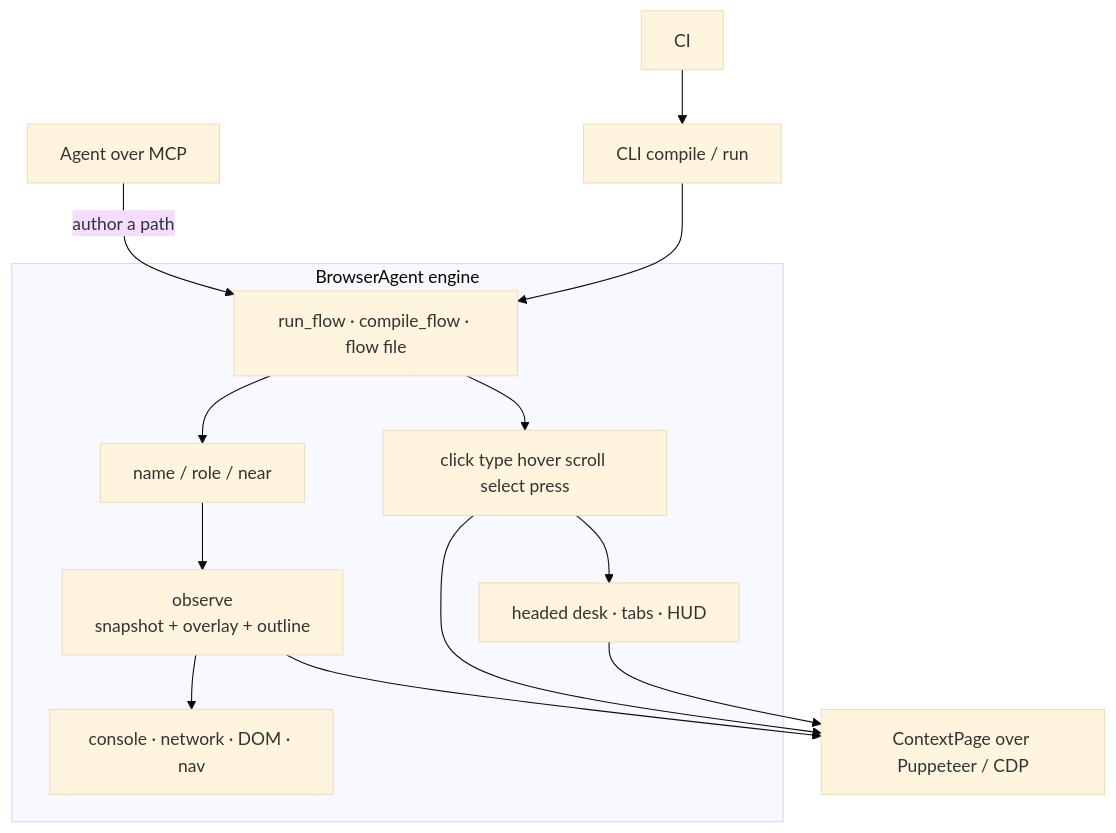
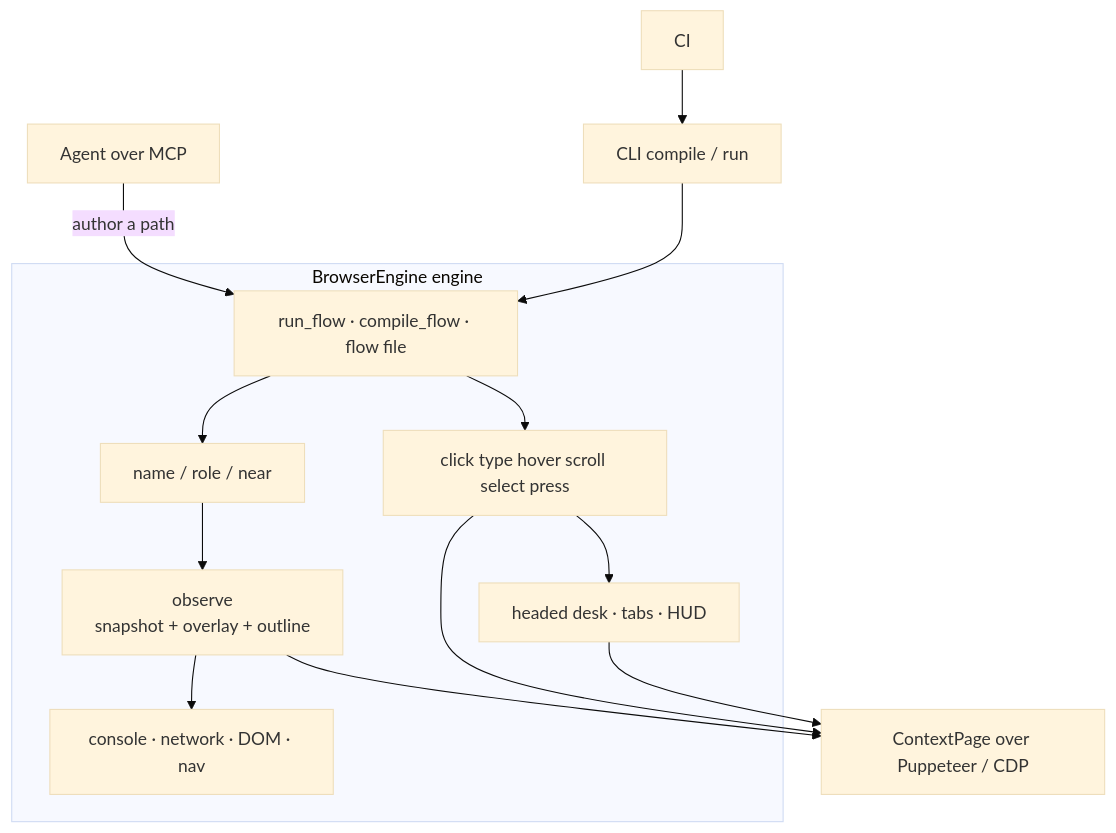
Before and after one commit to PremierStudio/BrowserAgent: the first of 2 diagrams in docs/architecture.md, drawn with Mermaid (base theme). The commit also changed other lines of this file and 33 other files, not shown here.

First line of the commit message:
Rename the product to BrowserEngine.

````diff
--- a/docs/architecture.md
+++ b/docs/architecture.md
@@ -5,29 +5,29 @@
 ```mermaid
 flowchart TB
     Agent[Agent over MCP]
     Cli[CLI compile / run]
     Ci[CI]
 
-    subgraph Engine["BrowserAgent engine"]
+    subgraph Engine["BrowserEngine engine"]
         Observe[observe<br/>snapshot + overlay + outline]
         Bind[name / role / near]
         Flow[run_flow · compile_flow · flow file]
         Desk[headed desk · tabs · HUD]
         Events[console · network · DOM · nav]
         Actions[click type hover scroll select press]
     end
 
     Chrome[ContextPage over Puppeteer / CDP]
 
     Agent -->|author a path| Flow
     Cli --> Flow
     Ci --> Cli
     Flow --> Bind
     Bind --> Observe
     Flow --> Actions
     Actions --> Desk
     Observe --> Events
     Observe --> Chrome
     Actions --> Chrome
     Desk --> Chrome
 ```
````
